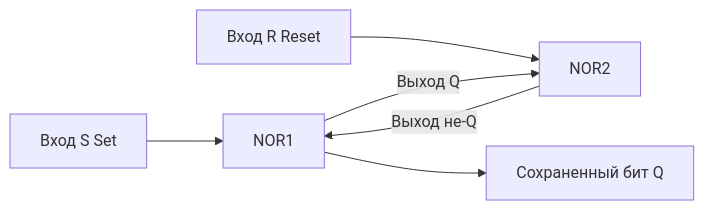
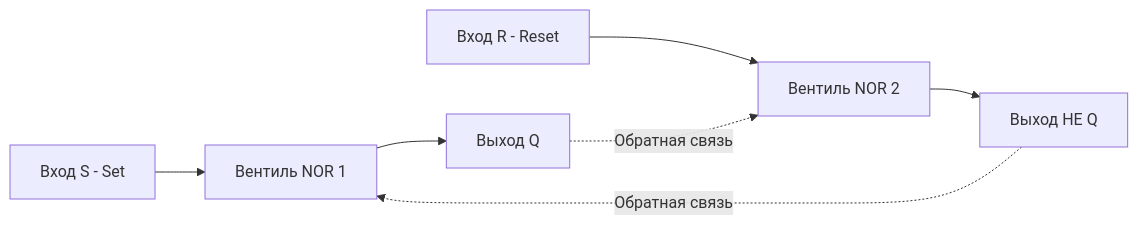
Before and after one commit to UnrealTemplier/go-vault: the first of 2 diagrams in 1. Архитектура компьютера/4. Последовательностная логика. Учим кремний помнить.md, drawn with Mermaid. The commit also changed other lines of this file and 56 other files, not shown here.

````diff
--- a/1. Архитектура компьютера/4. Последовательностная логика. Учим кремний помнить.md
+++ b/1. Архитектура компьютера/4. Последовательностная логика. Учим кремний помнить.md
@@ -21,8 +20,11 @@
 ```mermaid
 flowchart LR
-    S[Вход S Set] --> NOR1
-    R[Вход R Reset] --> NOR2
-    NOR1 -->|Выход Q| NOR2
-    NOR2 -->|Выход не-Q| NOR1
-    NOR1 --> Q[Сохраненный бит Q]
+    S["Вход S - Set"] --> NOR1["Вентиль NOR 1"]
+    R["Вход R - Reset"] --> NOR2["Вентиль NOR 2"]
+    
+    NOR1 --> Q["Выход Q"]
+    NOR2 --> NQ["Выход НЕ Q"]
+    
+    Q -.->|Обратная связь| NOR2
+    NQ -.->|Обратная связь| NOR1
 ```
````
